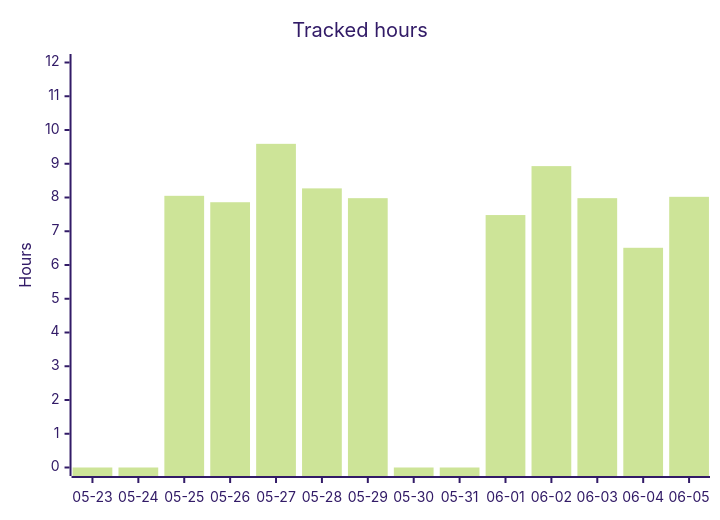
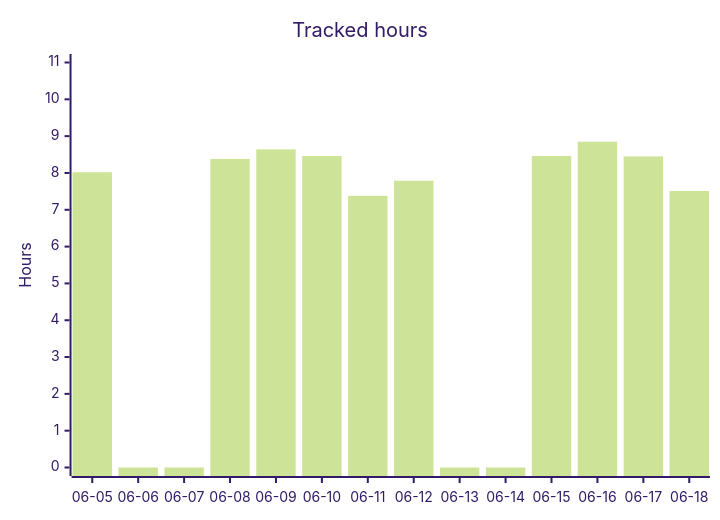
Before and after one commit to albinforsberg-netizen/timeclock: the second of 5 diagrams in README.org, drawn with Mermaid (forest theme). The commit also changed other lines of this file, not shown here.

```diff
--- a/README.org
+++ b/README.org
@@ -90,7 +90,7 @@
 #+begin_src mermaid
 xychart-beta
     title "Tracked hours"
-    x-axis ["05-23", "05-24", "05-25", "05-26", "05-27", "05-28", "05-29", "05-30", "05-31", "06-01", "06-02", "06-03", "06-04", "06-05"]
-    y-axis "Hours" 0 --> 12
-    bar [0.00, 0.00, 8.05, 7.86, 9.59, 8.27, 7.98, 0.00, 0.00, 7.48, 8.93, 7.98, 6.51, 8.02]
+    x-axis ["06-05", "06-06", "06-07", "06-08", "06-09", "06-10", "06-11", "06-12", "06-13", "06-14", "06-15", "06-16", "06-17", "06-18"]
+    y-axis "Hours" 0 --> 11
+    bar [8.02, 0.00, 0.00, 8.38, 8.64, 8.46, 7.38, 7.79, 0.00, 0.00, 8.46, 8.85, 8.45, 7.51]
 #+end_src
```
